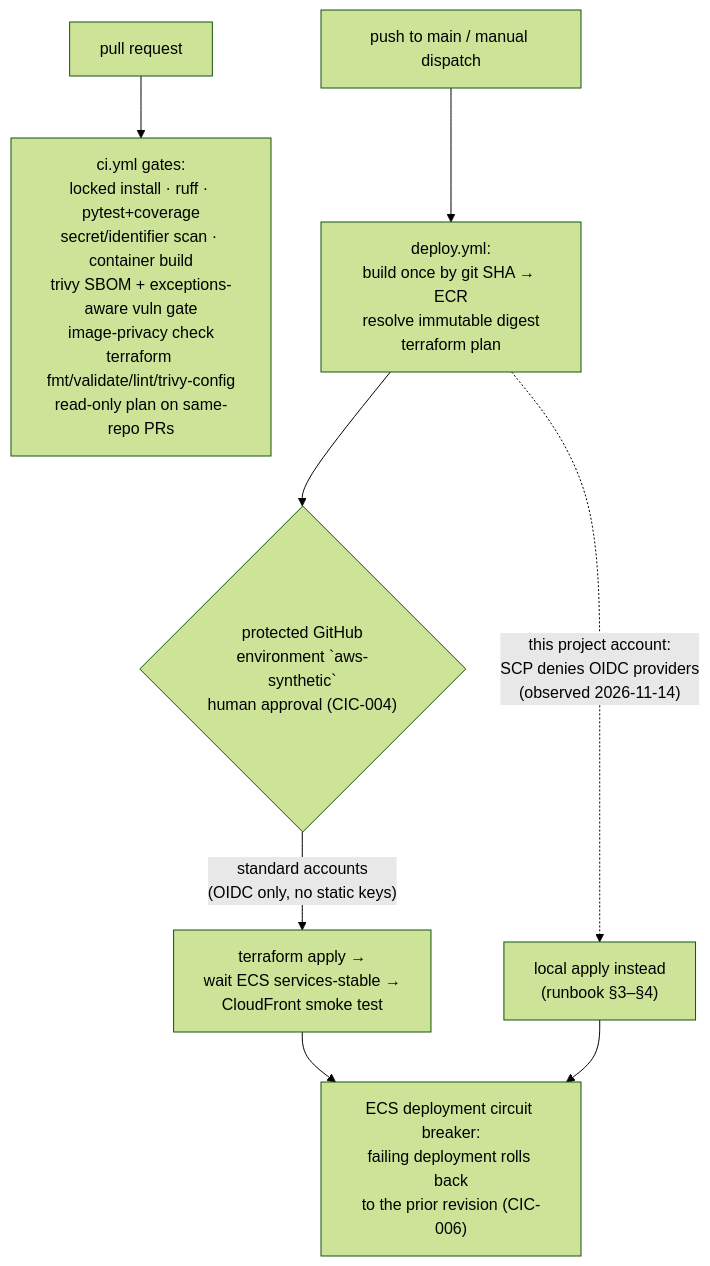
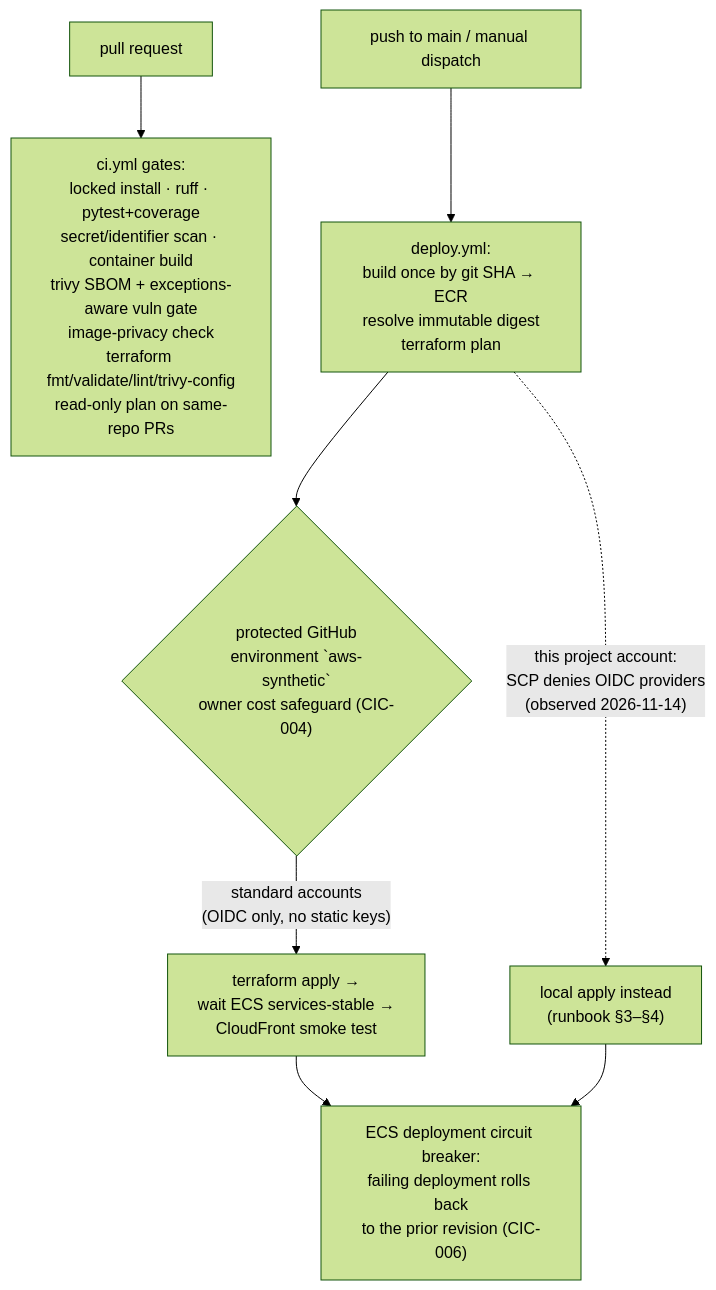
One commit to oleeveeuh/CURVE-ICON-DBSO changed the third of 5 diagrams in docs/architecture.md. Above: the diagram before and after it, drawn with Mermaid (forest theme). The commit also changed other lines of this file and 30 other files, not shown here.

````diff
--- a/docs/architecture.md
+++ b/docs/architecture.md
@@ -84,10 +84,10 @@
 ```mermaid
 flowchart TB
     PR["pull request"] --> CI["ci.yml gates:<br/>locked install · ruff · pytest+coverage<br/>secret/identifier scan · container build<br/>trivy SBOM + exceptions-aware vuln gate<br/>image-privacy check<br/>terraform fmt/validate/lint/trivy-config<br/>read-only plan on same-repo PRs"]
     MAIN["push to main / manual dispatch"] --> DEP["deploy.yml:<br/>build once by git SHA → ECR<br/>resolve immutable digest<br/>terraform plan"]
-    DEP --> APPROVE{"protected GitHub<br/>environment `aws-synthetic`<br/>human approval (CIC-004)"}
-    APPROVE -->|"standard accounts<br/>(OIDC only, no static keys)"| APPLY["terraform apply →<br/>wait ECS services-stable →<br/>CloudFront smoke test"]
+    DEP --> ENVCK{"protected GitHub<br/>environment `aws-synthetic`<br/>owner cost safeguard (CIC-004)"}
+    ENVCK -->|"standard accounts<br/>(OIDC only, no static keys)"| APPLY["terraform apply →<br/>wait ECS services-stable →<br/>CloudFront smoke test"]
     DEP -.->|"this project account:<br/>SCP denies OIDC providers<br/>(observed 2026-11-14)"| LOCAL["local apply instead<br/>(runbook §3–§4)"]
     APPLY --> BREAK["ECS deployment circuit breaker:<br/>failing deployment rolls back<br/>to the prior revision (CIC-006)"]
     LOCAL --> BREAK
 ```
````
